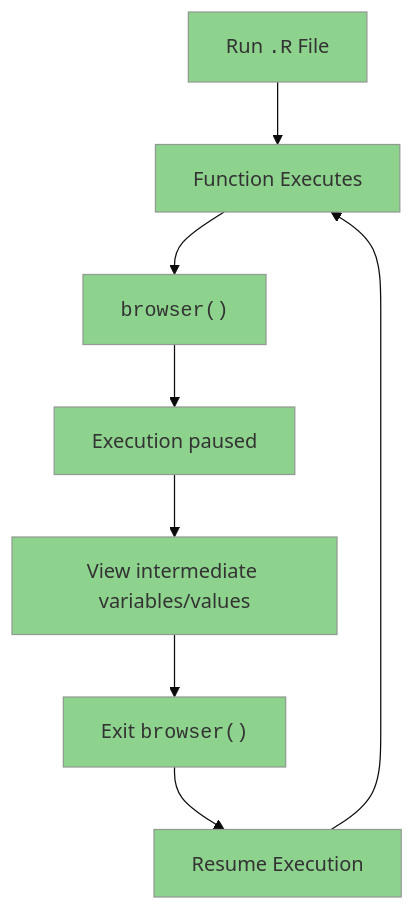
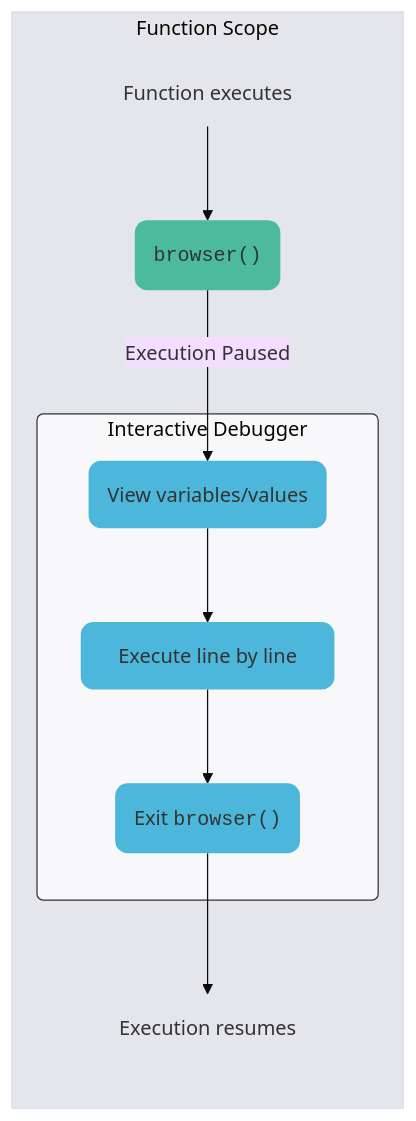
The first of 2 diagrams in debugger.qmd (mjfrigaard/shiny-app-pkgs), drawn with Mermaid before and after one commit. The commit also changed other lines of this file and 196 other files, not shown here.

````diff
--- a/debugger.qmd
+++ b/debugger.qmd
@@ -108,17 +116,26 @@
 ```{mermaid}
 %%| label: function_exec_browser
 %%| fig-width: 5
 %%| fig-height: 6
 %%| fig-align: center
-%%| fig-cap: 'debugging functions with `browser()`'
-%%{init: {'theme': 'base', 'themeVariables': { 'fontFamily': 'Inconsolata', 'primaryColor': '#8dd38d', 'edgeLabelBackground':'#ffd700'}}}%%
-flowchart TD
-    Start["Run <code>.R</code> File"] --> Running[Function Executes]
-    Running --> Browser["<code>browser()</code>"]
-    Browser --> Pause[Execution paused]
-    Pause --> Debugger[View intermediate variables/values]
-    Debugger --> Exit["Exit <code>browser()</code>"]
-    Exit --> Resume[Resume Execution]
-    Resume --> Running
+%%{init: {'theme': 'base', 'themeVariables': { 'fontFamily': 'Inconsolata'}}}%%
+flowchart LR
+ subgraph Function["Function Scope"]
+        Running["Function executes"] --> Browser("<code>browser()</code>")
+        Browser -- Execution Paused --> Debugger("View variables/values")
+    subgraph Browse["Interactive Debugger"]
+        Debugger --> Step["Execute line by line"]
+        Step --> Exit("Exit <code>browser()</code>")
+    end
+    Exit --> Exec["Execution resumes"]
+  end
     
+    style Debugger fill:#4CB7DB,stroke:none,rx:10,ry:10
+    style Exit fill:#4CB7DB,stroke:none,rx:10,ry:10
+    style Step fill:#4CB7DB,stroke:none,rx:10,ry:10
+    style Running fill:none,stroke:none,rx:10,ry:10
+    style Browse fill:#F8F8FA,stroke:#333,stroke-width:1px,rx:5,ry:5
+    style Browser fill:#4CBB9D,stroke:none,rx:10,ry:10
+    style Function fill:#E5E6EB
+    style Exec fill:none,stroke:none,rx:10,ry:10
 ```
````
